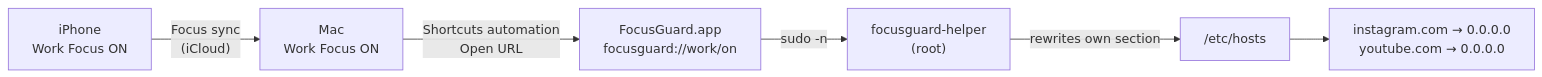
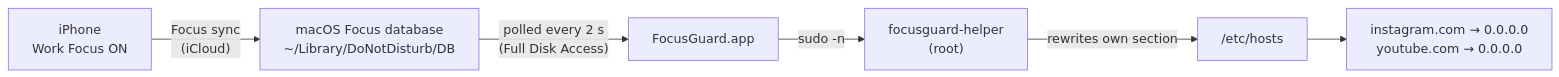
Before and after one commit to felipecatzkocourek/focusguard: the diagram in README.md, drawn with Mermaid. The commit also changed other lines of this file and 31 other files, not shown here.

First line of the commit message:
feat!: detect the Focus directly instead of trusting focusguard:// URLs (#15)

````diff
--- a/README.md
+++ b/README.md
@@ -39,8 +48,8 @@
 ```mermaid
 flowchart LR
-    A["iPhone<br/>Work Focus ON"] -- "Focus sync<br/>(iCloud)" --> B["Mac<br/>Work Focus ON"]
-    B -- "Shortcuts automation<br/>Open URL" --> C["FocusGuard.app<br/>focusguard://work/on"]
+    A["iPhone<br/>Work Focus ON"] -- "Focus sync<br/>(iCloud)" --> B["macOS Focus database<br/>~/Library/DoNotDisturb/DB"]
+    B -- "polled every 2 s<br/>(Full Disk Access)" --> C["FocusGuard.app"]
     C -- "sudo -n" --> D["focusguard-helper<br/>(root)"]
     D -- "rewrites own section" --> E["/etc/hosts"]
     E --> F["instagram.com → 0.0.0.0<br/>youtube.com → 0.0.0.0"]
 ```
````
